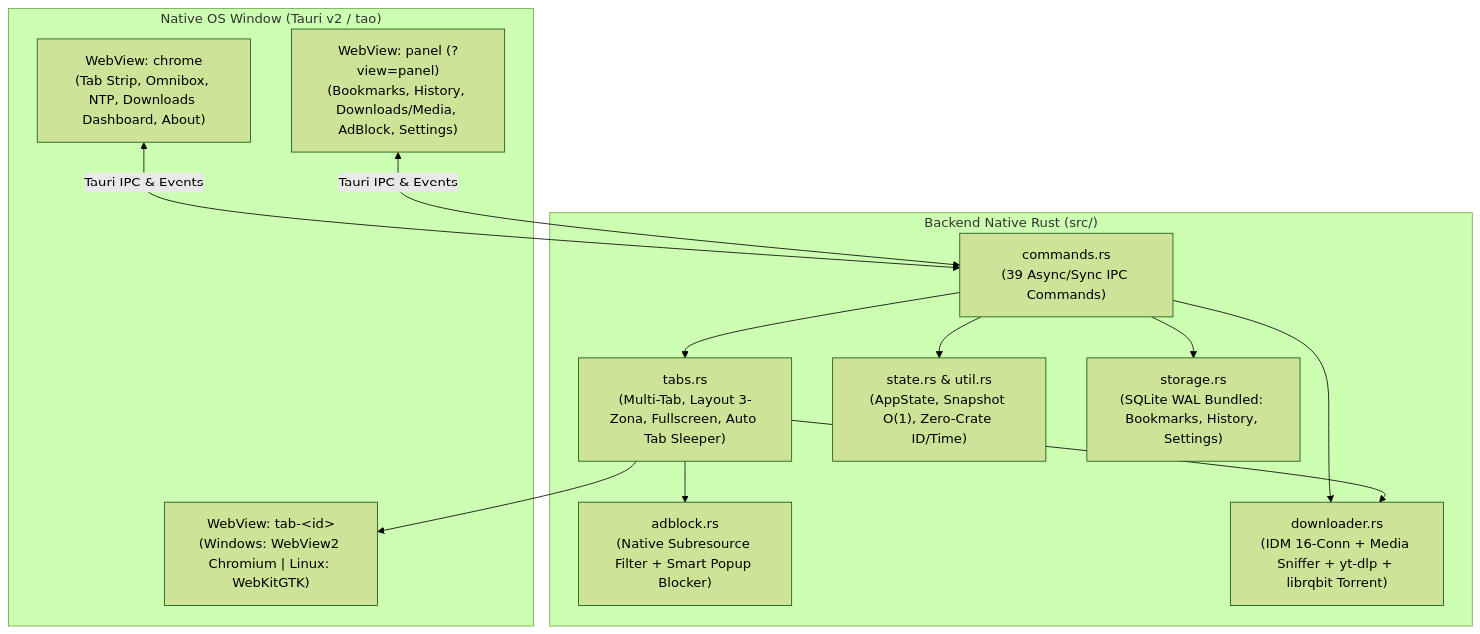
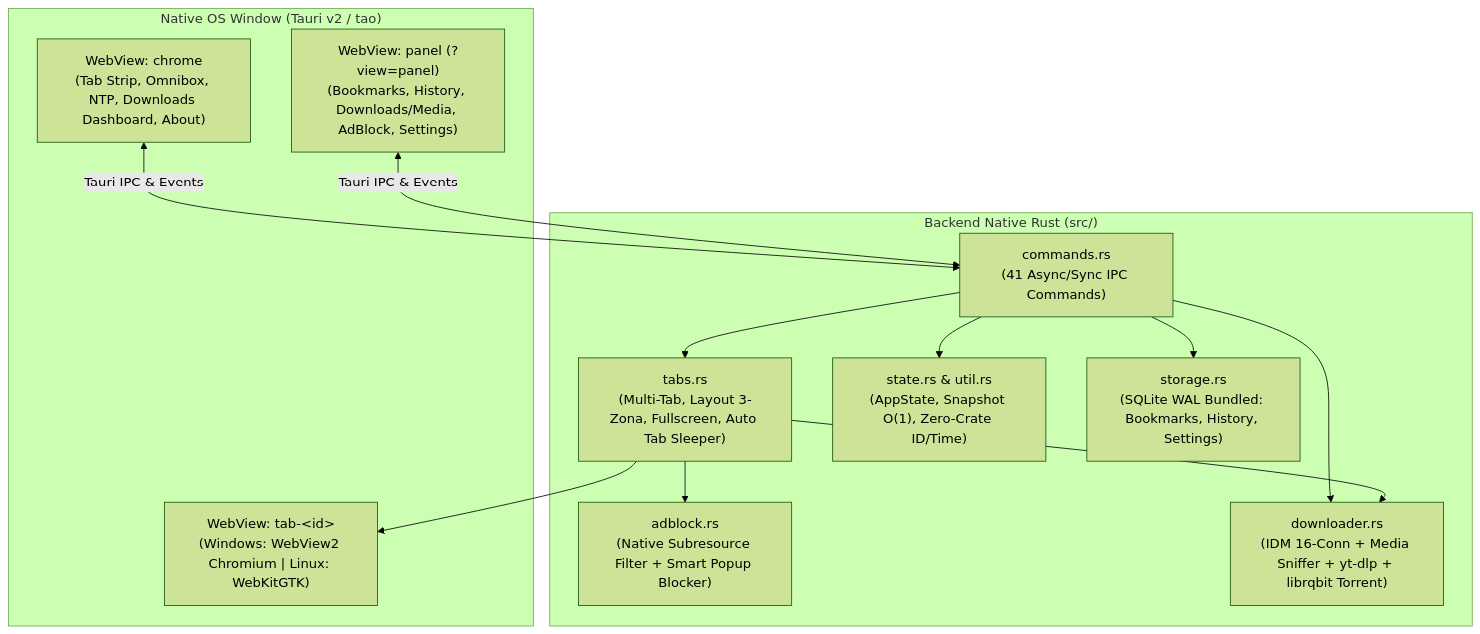
One commit to vibrainstudioofficial/ViBrowse changed the diagram in dokumen/README.md. Above: the diagram before and after it, drawn with Mermaid (forest theme). The commit also changed other lines of this file and 25 other files, not shown here.

````diff
--- a/dokumen/README.md
+++ b/dokumen/README.md
@@ -21,27 +21,27 @@
 ```mermaid
 flowchart TB
     subgraph Win["Native OS Window (Tauri v2 / tao)"]
         Chrome["WebView: chrome\n(Tab Strip, Omnibox, NTP, Downloads Dashboard, About)"]
         Tab["WebView: tab-&lt;id&gt;\n(Windows: WebView2 Chromium | Linux: WebKitGTK)"]
         Panel["WebView: panel (?view=panel)\n(Bookmarks, History, Downloads/Media, AdBlock, Settings)"]
     end
 
     subgraph Rust["Backend Native Rust (src/)"]
-        Cmd["commands.rs\n(39 Async/Sync IPC Commands)"]
+        Cmd["commands.rs\n(41 Async/Sync IPC Commands)"]
         Tabs["tabs.rs\n(Multi-Tab, Layout 3-Zona, Fullscreen, Auto Tab Sleeper)"]
         AdBlock["adblock.rs\n(Native Subresource Filter + Smart Popup Blocker)"]
         DM["downloader.rs\n(IDM 16-Conn + Media Sniffer + yt-dlp + librqbit Torrent)"]
         State["state.rs & util.rs\n(AppState, Snapshot O(1), Zero-Crate ID/Time)"]
         DB["storage.rs\n(SQLite WAL Bundled: Bookmarks, History, Settings)"]
     end
 
     Chrome <-->|Tauri IPC & Events| Cmd
     Panel <-->|Tauri IPC & Events| Cmd
     Cmd --> Tabs
     Cmd --> DM
     Cmd --> State
     Cmd --> DB
     Tabs --> AdBlock
     Tabs --> DM
     Tabs --> Tab
 ```
````
